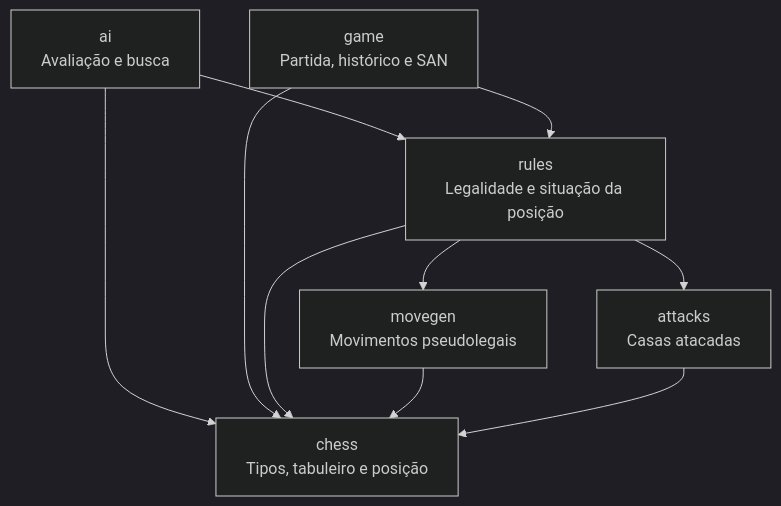
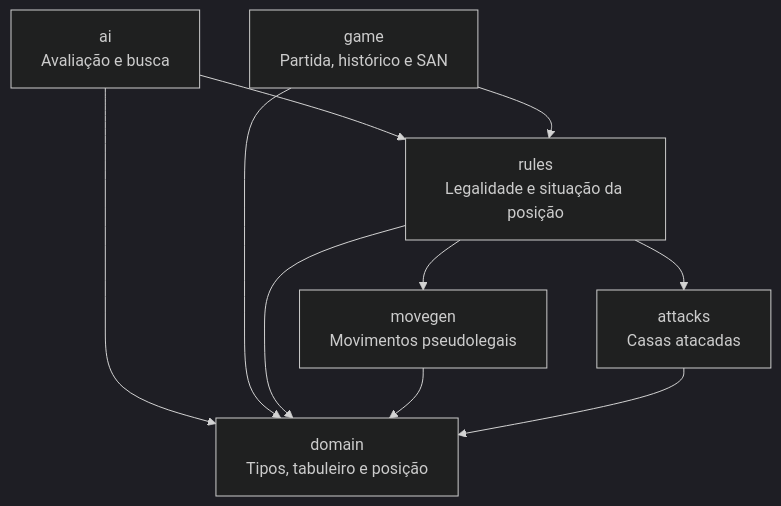
One commit to gabrzb/chess-go changed the second of 2 diagrams in README.md. Above: the diagram before and after it, drawn with Mermaid (dark theme). The commit also changed other lines of this file and 194 other files, not shown here.

````diff
--- a/README.md
+++ b/README.md
@@ -186,19 +188,19 @@
 ```mermaid
 flowchart TB
     game["game<br/>Partida, histórico e SAN"]
     ai["ai<br/>Avaliação e busca"]
     rules["rules<br/>Legalidade e situação da posição"]
     movegen["movegen<br/>Movimentos pseudolegais"]
     attacks["attacks<br/>Casas atacadas"]
-    chess["chess<br/>Tipos, tabuleiro e posição"]
+    chess["domain<br/>Tipos, tabuleiro e posição"]
 
     ai --> rules
     game --> rules
     rules --> movegen
     rules --> attacks
     ai --> chess
     game --> chess
     rules --> chess
     movegen --> chess
     attacks --> chess
 ```
````
